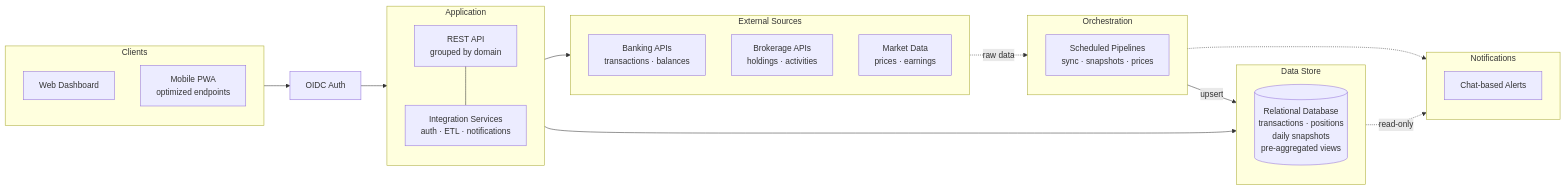
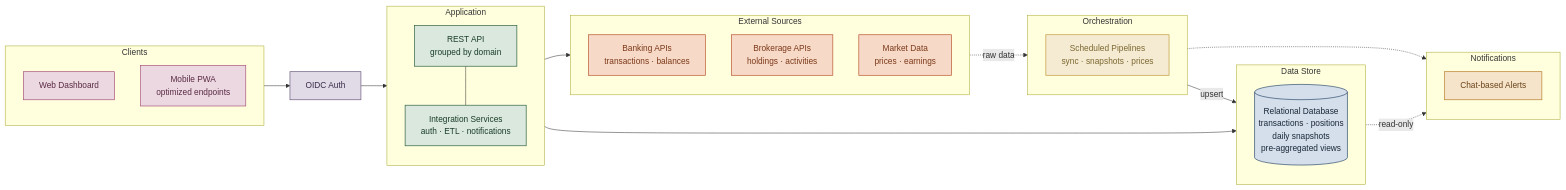
One commit to m-dur/docs changed the first of 4 diagrams in README.md. Above: the diagram before and after it, drawn with Mermaid. The commit also changed other lines of this file, not shown here.

First line of the commit message:
Color-code diagrams semantically

````diff
--- a/README.md
+++ b/README.md
@@ -20,41 +20,57 @@
 ```mermaid
 flowchart LR
     subgraph ext["External Sources"]
         BANK["Banking APIs<br/>transactions · balances"]
         BROK["Brokerage APIs<br/>holdings · activities"]
         MKT["Market Data<br/>prices · earnings"]
     end
 
     subgraph orch["Orchestration"]
         DAGS["Scheduled Pipelines<br/>sync · snapshots · prices"]
     end
 
     subgraph app["Application"]
         API["REST API<br/>grouped by domain"]
         SVC["Integration Services<br/>auth · ETL · notifications"]
         API --- SVC
     end
 
     subgraph data["Data Store"]
         DB[("Relational Database<br/>transactions · positions<br/>daily snapshots<br/>pre-aggregated views")]
     end
 
     subgraph clients["Clients"]
         WEB["Web Dashboard"]
         MOB["Mobile PWA<br/>optimized endpoints"]
     end
 
     subgraph notify["Notifications"]
         ALERT["Chat-based Alerts"]
     end
 
     AUTH["OIDC Auth"]
 
     ext -. raw data .-> orch
     orch -->|upsert| data
     orch -.-> notify
     app --> data
     app --> ext
     clients --> AUTH --> app
     data -. read-only .-> notify
+
+    classDef extCls  fill:#f7d9c7,stroke:#b8552e,color:#7a3818,stroke-width:1.3px
+    classDef orchCls fill:#f5ead2,stroke:#c19a3d,color:#7a6830,stroke-width:1.3px
+    classDef appCls  fill:#dae8dd,stroke:#2c5e3f,color:#1a3d28,stroke-width:1.3px
+    classDef dataCls fill:#d5dfeb,stroke:#2d4a6b,color:#1a2838,stroke-width:1.3px
+    classDef cliCls  fill:#ebd8e1,stroke:#a8527a,color:#5a2a42,stroke-width:1.3px
+    classDef notifCls fill:#f5e3ca,stroke:#b87d2b,color:#6a441a,stroke-width:1.3px
+    classDef authCls fill:#e1dbe8,stroke:#6b5b7e,color:#3a2d48,stroke-width:1.3px
+
+    class BANK,BROK,MKT extCls
+    class DAGS orchCls
+    class API,SVC appCls
+    class DB dataCls
+    class WEB,MOB cliCls
+    class ALERT notifCls
+    class AUTH authCls
 ```
````
